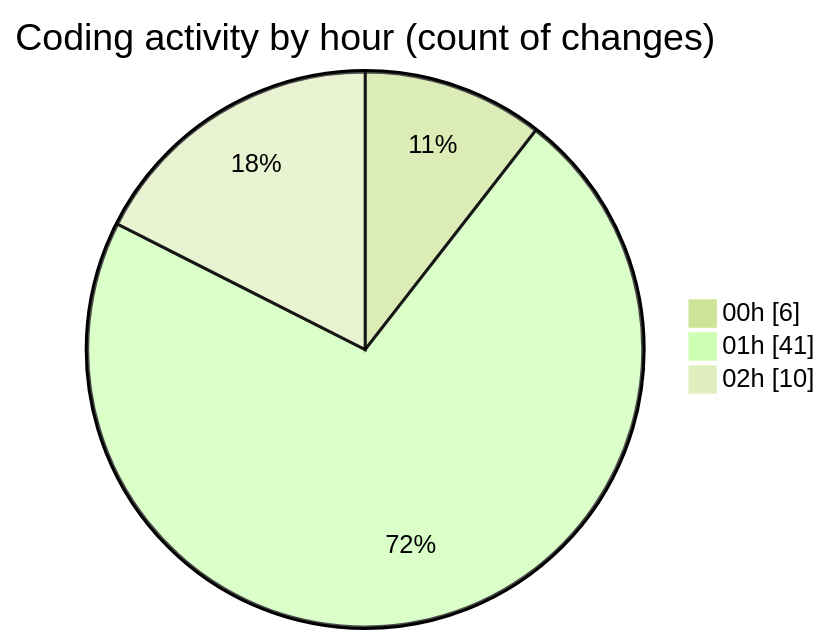
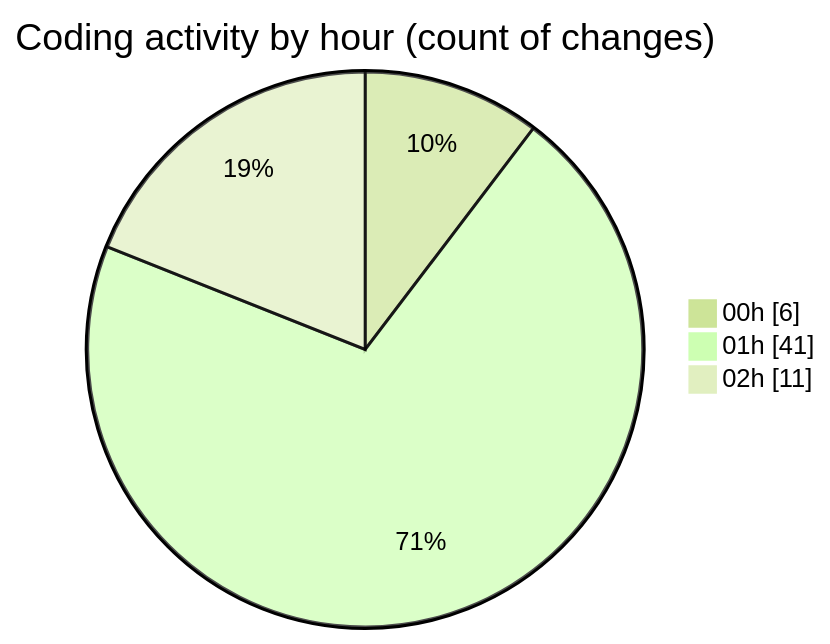
Before and after one commit to JenPaints/code-tracking: the second of 2 diagrams in 2025-06-22/archive/README.md, drawn with Mermaid (forest theme). The commit also changed other lines of this file and 1 other file, not shown here.

````diff
--- a/2025-06-22/archive/README.md
+++ b/2025-06-22/archive/README.md
@@ -35,7 +35,7 @@
 ```mermaid
 pie showData
 title Coding activity by hour (count of changes)
 "00h" : 6
 "01h" : 41
-"02h" : 10
+"02h" : 11
 ```
````
